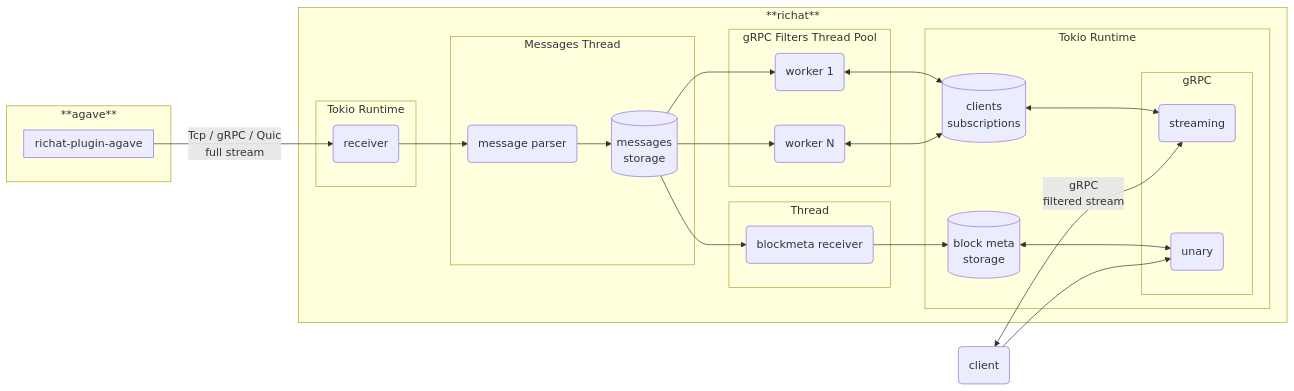
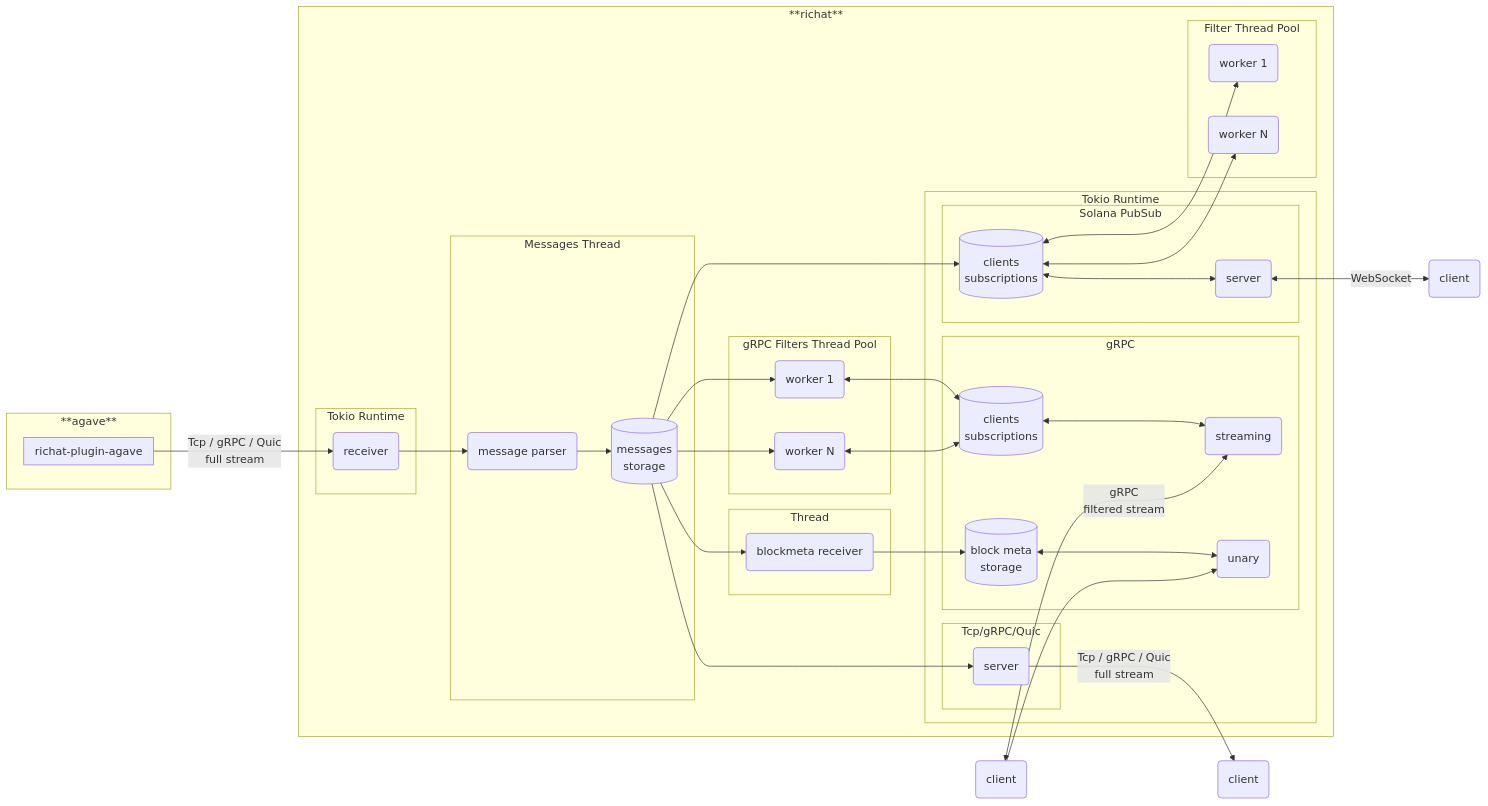
Before and after one commit to riprsa/richat: the second of 2 diagrams in README.md, drawn with Mermaid. The commit also changed other lines of this file and 24 other files, not shown here.

````diff
--- a/README.md
+++ b/README.md
@@ -87,53 +122,76 @@
 ```mermaid
 flowchart LR
     subgraph agave1 [**agave**]
         subgraph geyser1 [richat-plugin-agave]
         end
     end
 
     subgraph richat1 [**richat**]
         subgraph tokio1 [Tokio Runtime]
             richat1_tokio1_receiver(receiver)
         end
 
         subgraph tokio2 [Tokio Runtime]
             subgraph grpc1 [gRPC]
                 richat1_grpc1_streaming1(streaming)
                 richat1_grpc1_unary(unary)
+
+                richat1_grpc1_blockmeta[(block meta<br/>storage)]
+                richat1_grpc1_subscriptions[(clients<br/>subscriptions)]
             end
 
-            richat1_tokio2_blockmeta[(block meta<br/>storage)]
-            richat1_tokio2_grpc1_subscriptions[(clients<br/>subscriptions)]
+            subgraph pubsub1 [Solana PubSub]
+                richat1_pubsub1_server(server)
+                richat1_pubsub1_subscriptions[(clients<br/>subscriptions)]
+            end
+
+            subgraph richat_server1 [Tcp/gRPC/Quic]
+                richat_server1_sender(server)
+            end
+        end
+
+        subgraph pubsub1_pool [Filter Thread Pool]
+            richat1_pubsub1_pool_worker1(worker 1)
+            richat1_pubsub1_pool_worker2(worker N)
         end
 
         subgraph messages [Messages Thread]
             richat1_parser(message parser)
             richat1_channel[(messages<br/>storage)]
         end
 
         subgraph blockmeta_recv [Thread]
             richat1_blockmeta_recv_thread(blockmeta receiver)
         end
 
         subgraph grpc_workers [gRPC Filters Thread Pool]
             richat1_grpc_worker1(worker 1)
             richat1_grpc_worker2(worker N)
         end
     end
 
     client1(client)
+    client2(client)
+    client3(client)
 
     geyser1 -->|Tcp / gRPC / Quic<br/>full stream| richat1_tokio1_receiver
     richat1_tokio1_receiver --> richat1_parser
     richat1_parser --> richat1_channel
     richat1_channel --> richat1_blockmeta_recv_thread
     richat1_channel --> richat1_grpc_worker1
     richat1_channel --> richat1_grpc_worker2
-    richat1_blockmeta_recv_thread --> richat1_tokio2_blockmeta
-    richat1_tokio2_blockmeta <--> richat1_grpc1_unary
-    richat1_grpc_worker1 <--> richat1_tokio2_grpc1_subscriptions
-    richat1_grpc_worker2 <--> richat1_tokio2_grpc1_subscriptions
-    richat1_tokio2_grpc1_subscriptions <--> richat1_grpc1_streaming1
+    richat1_blockmeta_recv_thread --> richat1_grpc1_blockmeta
+    richat1_grpc1_blockmeta <--> richat1_grpc1_unary
+    richat1_grpc_worker1 <--> richat1_grpc1_subscriptions
+    richat1_grpc_worker2 <--> richat1_grpc1_subscriptions
+    richat1_grpc1_subscriptions <--> richat1_grpc1_streaming1
     client1 <--> |gRPC<br/>filtered stream| richat1_grpc1_streaming1
     client1 --> richat1_grpc1_unary
+    richat1_channel --> richat_server1_sender
+    richat_server1_sender -->|Tcp / gRPC / Quic<br/>full stream| client2
+    richat1_channel --> richat1_pubsub1_subscriptions
+    richat1_pubsub1_subscriptions <--> richat1_pubsub1_pool_worker1
+    richat1_pubsub1_subscriptions <--> richat1_pubsub1_pool_worker2
+    richat1_pubsub1_subscriptions <--> richat1_pubsub1_server
+    richat1_pubsub1_server <-->|WebSocket| client3
 ```
````
